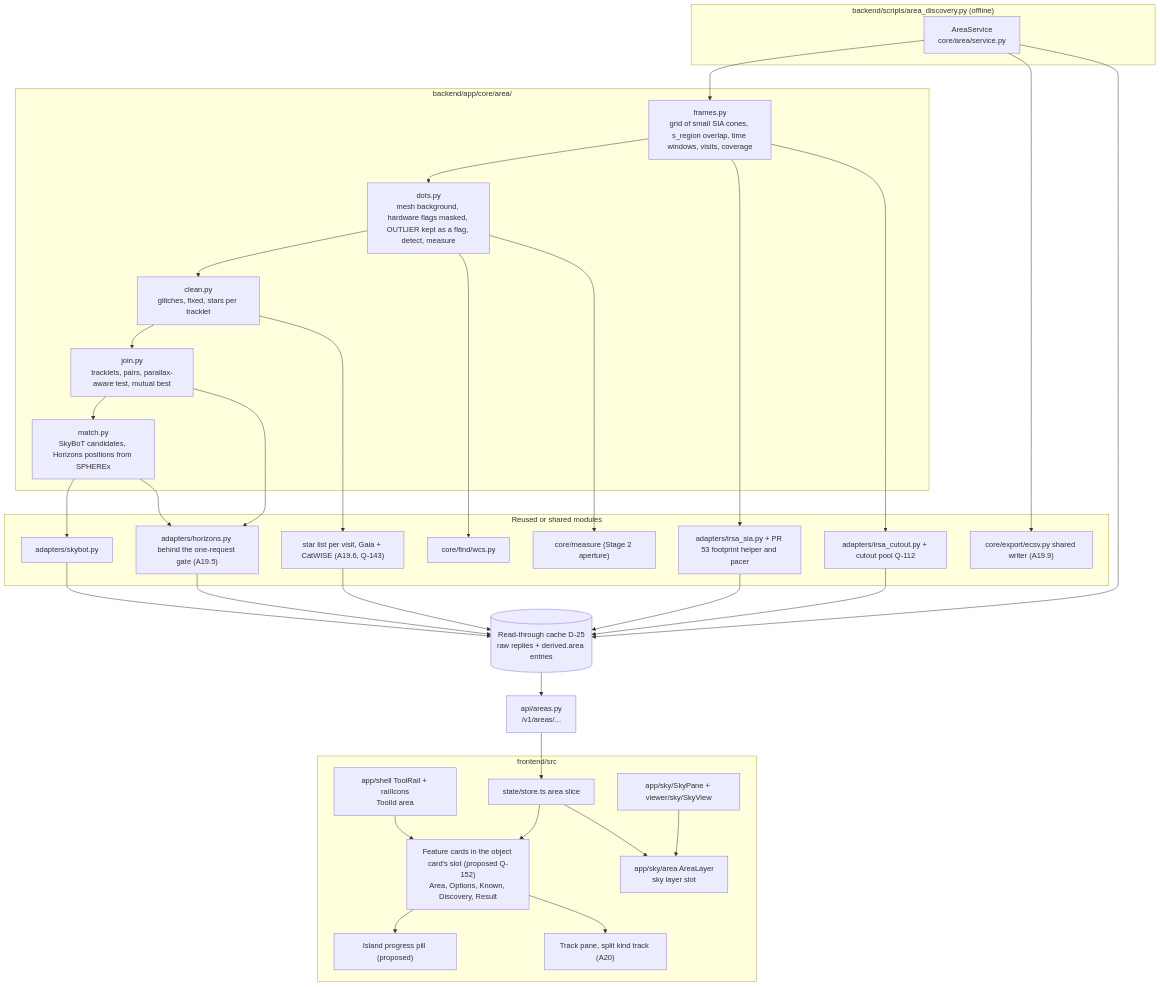
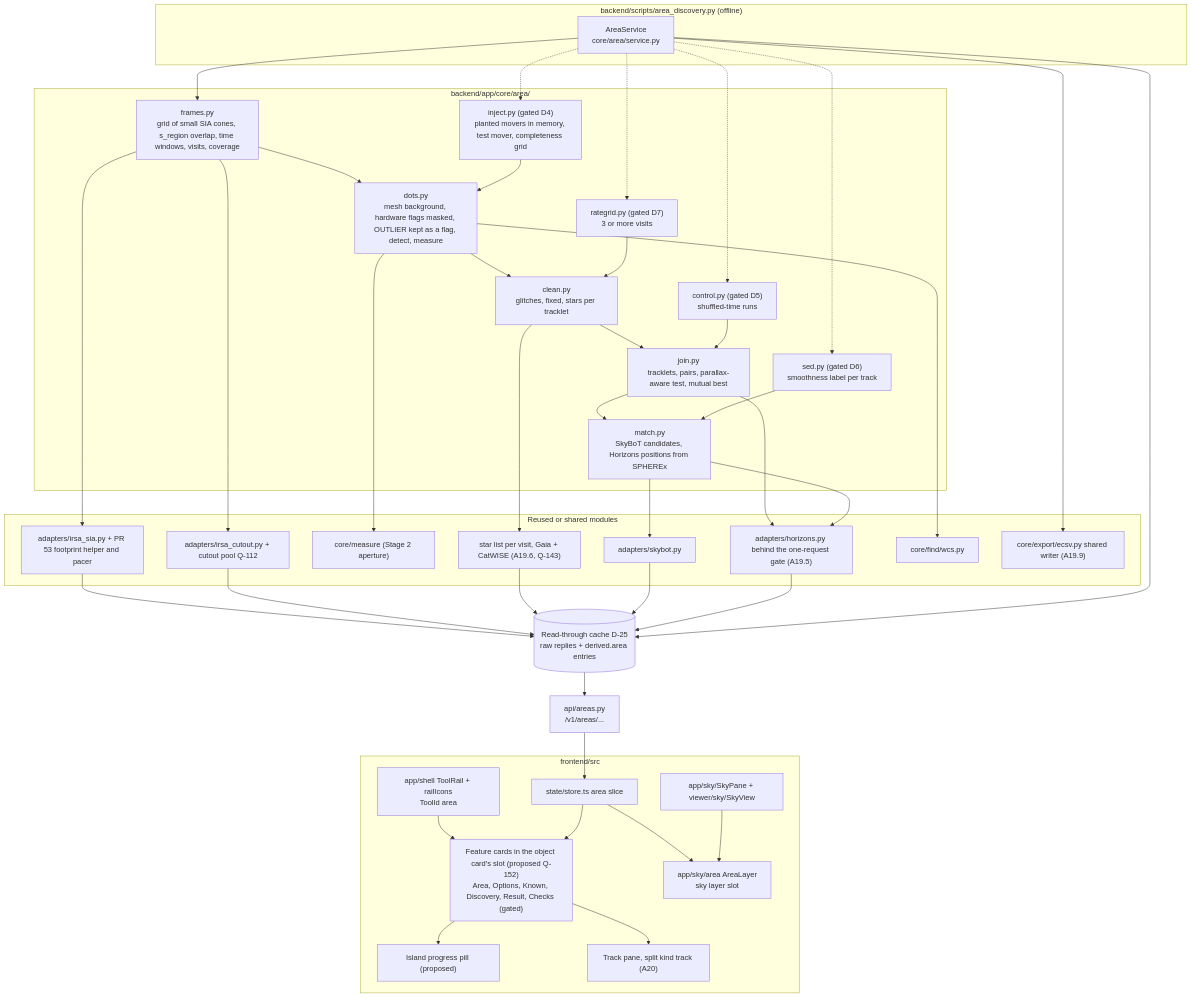
Before and after one commit to 0ffrian/SphereX: the first of 3 diagrams in docs/uml/22-area-search.md, drawn with Mermaid. The commit also changed other lines of this file and 8 other files, not shown here.

First line of the commit message:
Add four gated research checks to the Area search spec (Q-183): completeness with a planted test mover, shuffled-time control, spectrum smoothness score, rate-grid linker

````diff
--- a/docs/uml/22-area-search.md
+++ b/docs/uml/22-area-search.md
@@ -7,58 +7,70 @@
 ```mermaid
 flowchart TB
   subgraph Script["backend/scripts/area_discovery.py (offline)"]
     SVC["AreaService<br/>core/area/service.py"]
   end
   subgraph Core["backend/app/core/area/"]
     FRM["frames.py<br/>grid of small SIA cones, s_region overlap, time windows, visits, coverage"]
     DOT["dots.py<br/>mesh background, hardware flags masked, OUTLIER kept as a flag, detect, measure"]
     CLN["clean.py<br/>glitches, fixed, stars per tracklet"]
     JON["join.py<br/>tracklets, pairs, parallax-aware test, mutual best"]
     MAT["match.py<br/>SkyBoT candidates, Horizons positions from SPHEREx"]
+    INJ["inject.py (gated D4)<br/>planted movers in memory, test mover, completeness grid"]
+    CTL["control.py (gated D5)<br/>shuffled-time runs"]
+    SED["sed.py (gated D6)<br/>smoothness label per track"]
+    RGL["rategrid.py (gated D7)<br/>3 or more visits"]
   end
   subgraph Reused["Reused or shared modules"]
     SIA["adapters/irsa_sia.py + PR 53 footprint helper and pacer"]
     CUT["adapters/irsa_cutout.py + cutout pool Q-112"]
     MEAS["core/measure (Stage 2 aperture)"]
     STAR["star list per visit, Gaia + CatWISE (A19.6, Q-143)"]
     SKB["adapters/skybot.py"]
     HOR["adapters/horizons.py behind the one-request gate (A19.5)"]
     WCS["core/find/wcs.py"]
     ECSV["core/export/ecsv.py shared writer (A19.9)"]
   end
   CACHE[("Read-through cache D-25<br/>raw replies + derived.area entries")]
   API["api/areas.py<br/>/v1/areas/..."]
   subgraph FE["frontend/src"]
     RAIL["app/shell ToolRail + railIcons<br/>ToolId area"]
-    CARDS["Feature cards in the object card's slot (proposed Q-152)<br/>Area, Options, Known, Discovery, Result"]
+    CARDS["Feature cards in the object card's slot (proposed Q-152)<br/>Area, Options, Known, Discovery, Result, Checks (gated)"]
     ISL["Island progress pill (proposed)"]
     LAYER["app/sky/area AreaLayer<br/>sky layer slot"]
     STORE["state/store.ts area slice"]
     TRK["Track pane, split kind track (A20)"]
     SKY["app/sky/SkyPane + viewer/sky/SkyView"]
   end
   SVC --> FRM --> DOT --> CLN --> JON --> MAT
   SVC --> ECSV
+  SVC -.-> INJ
+  SVC -.-> CTL
+  SVC -.-> SED
+  SVC -.-> RGL
+  INJ --> DOT
+  CTL --> JON
+  RGL --> CLN
+  SED --> MAT
   FRM --> SIA
   FRM --> CUT
   DOT --> WCS
   DOT --> MEAS
   CLN --> STAR
   JON --> HOR
   MAT --> SKB
   MAT --> HOR
   SIA --> CACHE
   CUT --> CACHE
   STAR --> CACHE
   SKB --> CACHE
   HOR --> CACHE
   SVC --> CACHE
   CACHE --> API
   API --> STORE
   RAIL --> CARDS
   STORE --> CARDS
   CARDS --> ISL
   STORE --> LAYER
   SKY --> LAYER
   CARDS --> TRK
 ```
````
